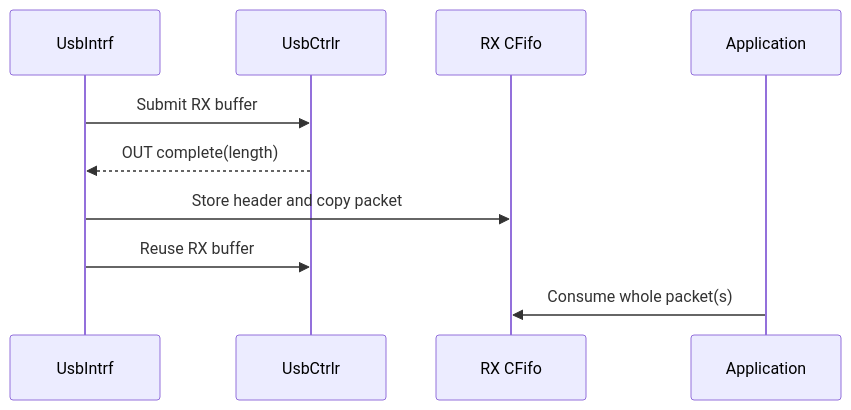
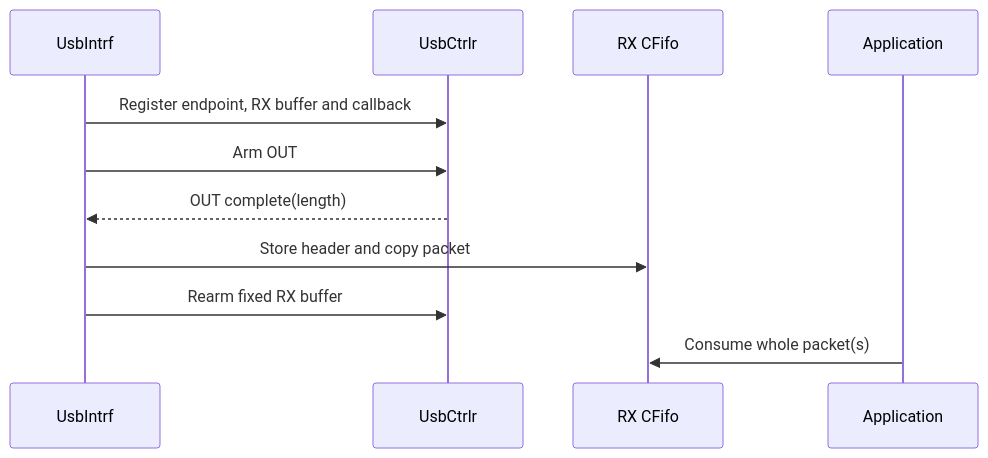
The third of 3 diagrams in docs/architecture/usb.md (IOsonata/IOsonata), drawn with Mermaid before and after one commit. The commit also changed other lines of this file and 11 other files, not shown here.

````diff
--- a/docs/architecture/usb.md
+++ b/docs/architecture/usb.md
@@ -115,12 +115,13 @@
 ```mermaid
 sequenceDiagram
     participant U as UsbIntrf
     participant C as UsbCtrlr
     participant F as RX CFifo
     participant A as Application
-    U->>C: Submit RX buffer
+    U->>C: Register endpoint, RX buffer and callback
+    U->>C: Arm OUT
     C-->>U: OUT complete(length)
     U->>F: Store header and copy packet
-    U->>C: Reuse RX buffer
+    U->>C: Rearm fixed RX buffer
     A->>F: Consume whole packet(s)
 ```
````
